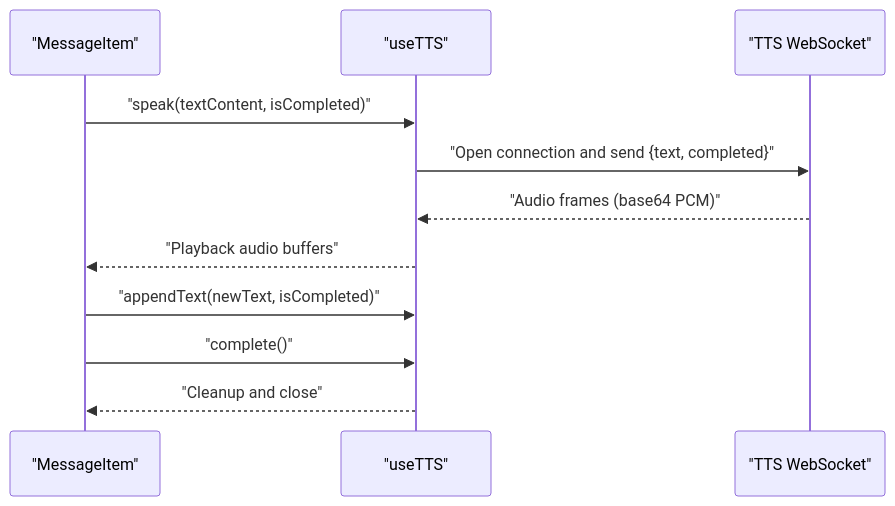
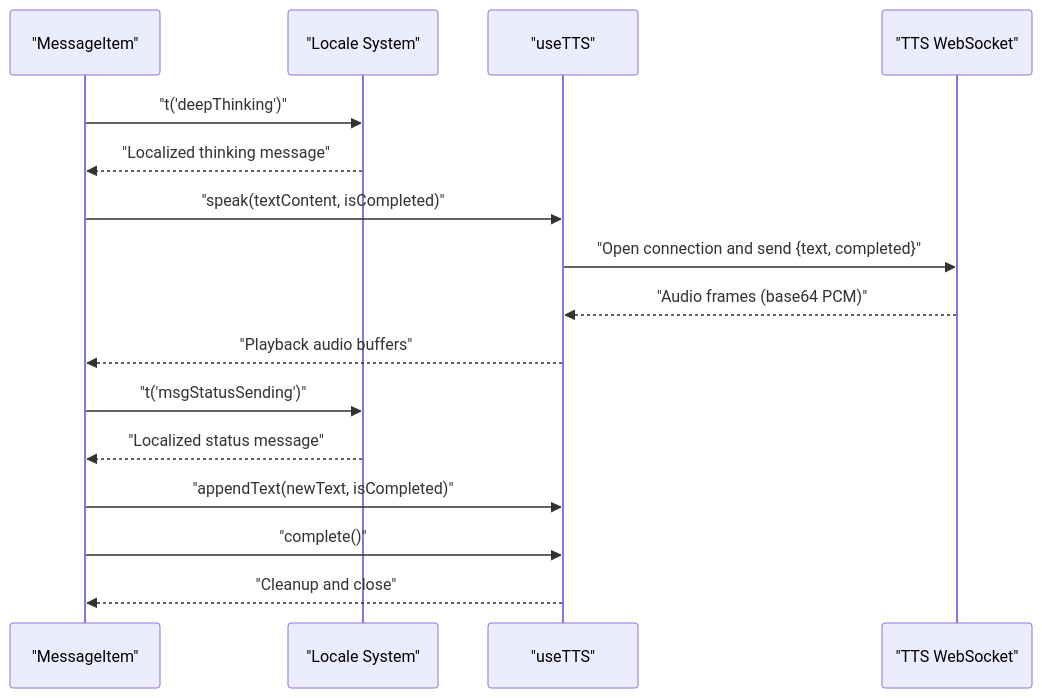
One commit to alibaba/tron-one-agent changed the sixth of 9 diagrams in .qoder/repowiki/en/content/Frontend Architecture/React Component Structure.md. Above: the diagram before and after it, drawn with Mermaid. The commit also changed other lines of this file and 8 other files, not shown here.

````diff
--- a/.qoder/repowiki/en/content/Frontend Architecture/React Component Structure.md
+++ b/.qoder/repowiki/en/content/Frontend Architecture/React Component Structure.md
@@ -198,13 +338,18 @@
 ```mermaid
 sequenceDiagram
 participant MI as "MessageItem"
+participant LOC as "Locale System"
 participant TTS as "useTTS"
 participant WS as "TTS WebSocket"
+MI->>LOC : "t('deepThinking')"
+LOC-->>MI : "Localized thinking message"
 MI->>TTS : "speak(textContent, isCompleted)"
 TTS->>WS : "Open connection and send {text, completed}"
 WS-->>TTS : "Audio frames (base64 PCM)"
 TTS-->>MI : "Playback audio buffers"
+MI->>LOC : "t('msgStatusSending')"
+LOC-->>MI : "Localized status message"
 MI->>TTS : "appendText(newText, isCompleted)"
 MI->>TTS : "complete()"
 TTS-->>MI : "Cleanup and close"
 ```
````
